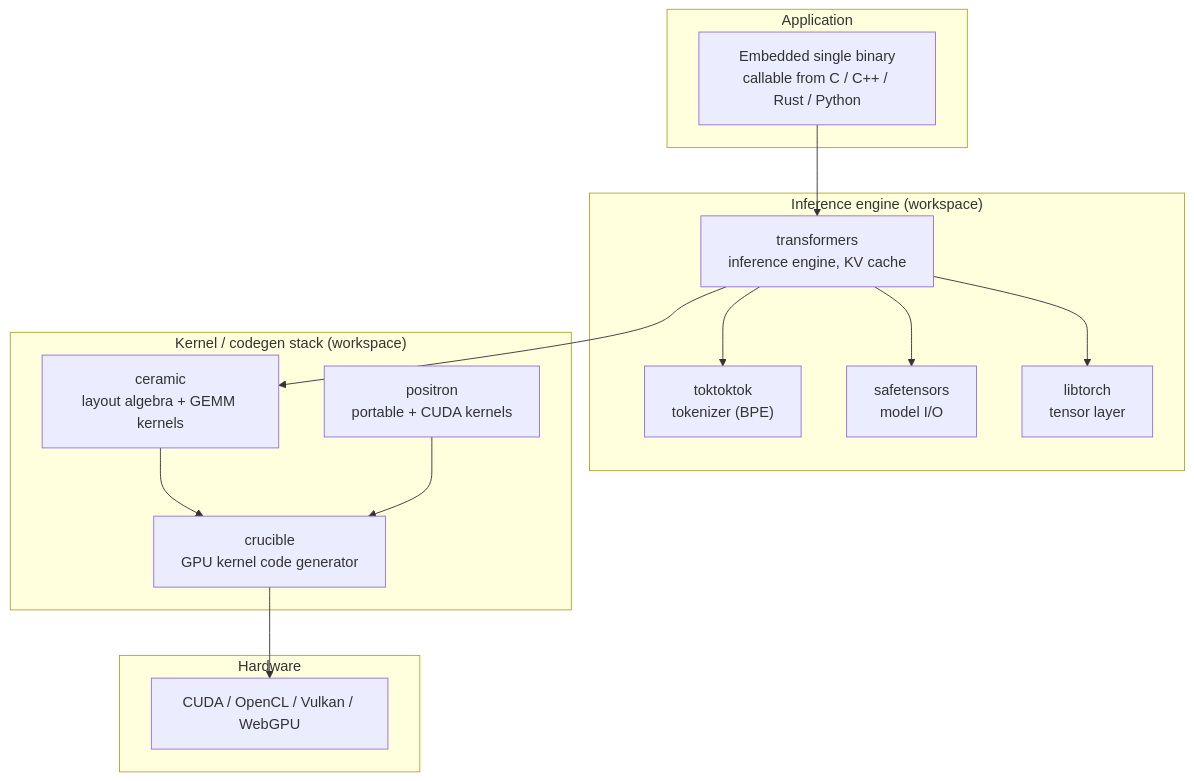
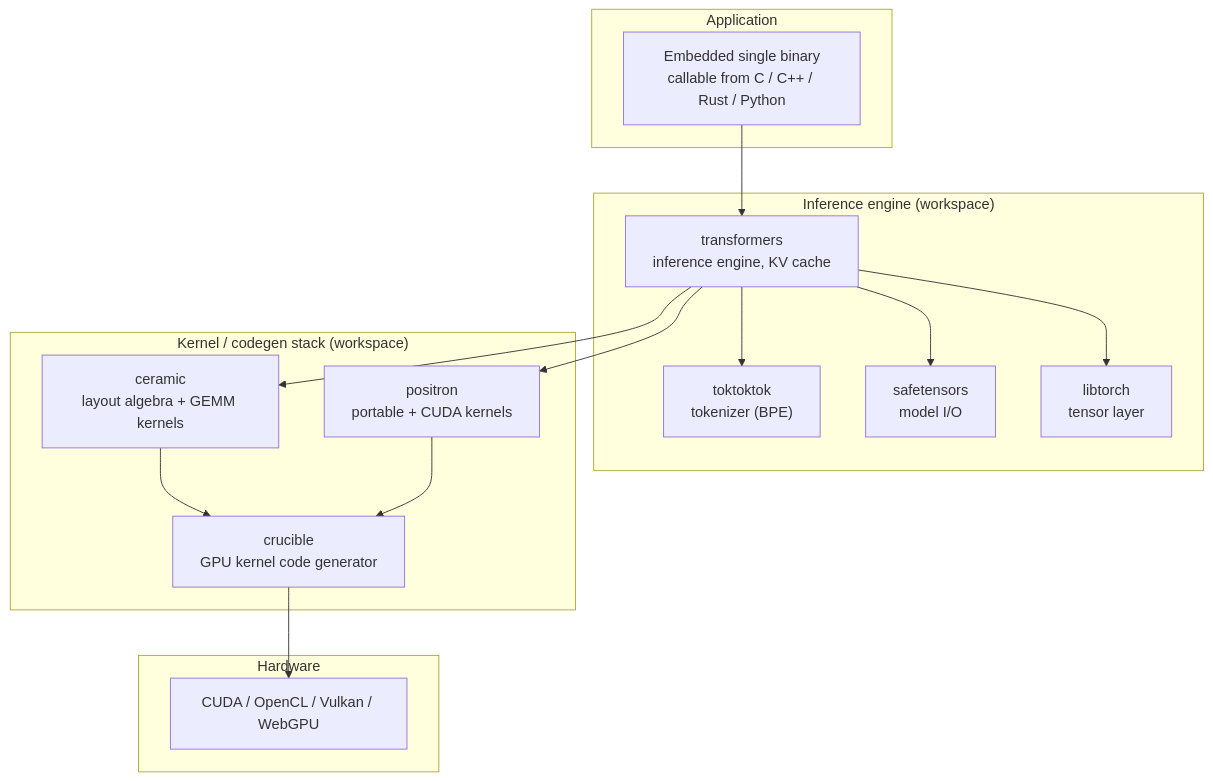
One commit to mratsim/tattletale changed the diagram in ARCHITECTURE.md. Above: the diagram before and after it, drawn with Mermaid. The commit also changed other lines of this file and 3 other files, not shown here.

````diff
--- a/ARCHITECTURE.md
+++ b/ARCHITECTURE.md
@@ -22,32 +22,33 @@
 ```mermaid
 flowchart TB
     subgraph App ["Application"]
         APP["Embedded single binary<br/>callable from C / C++ / Rust / Python"]
     end
 
     subgraph Engine ["Inference engine (workspace)"]
         TR["transformers<br/>inference engine, KV cache"]
         TC["toktoktok<br/>tokenizer (BPE)"]
         SF["safetensors<br/>model I/O"]
         LT["libtorch<br/>tensor layer"]
     end
 
     subgraph Kernels ["Kernel / codegen stack (workspace)"]
         CE["ceramic<br/>layout algebra + GEMM kernels"]
         CR["crucible<br/>GPU kernel code generator"]
         PO["positron<br/>portable + CUDA kernels"]
     end
 
     subgraph HW ["Hardware"]
         H["CUDA / OpenCL / Vulkan / WebGPU"]
     end
 
     APP --> TR
     TR --> TC
     TR --> SF
     TR --> LT
     TR --> CE
+    TR --> PO
     CE --> CR
     PO --> CR
     CR --> H
 ```
````
